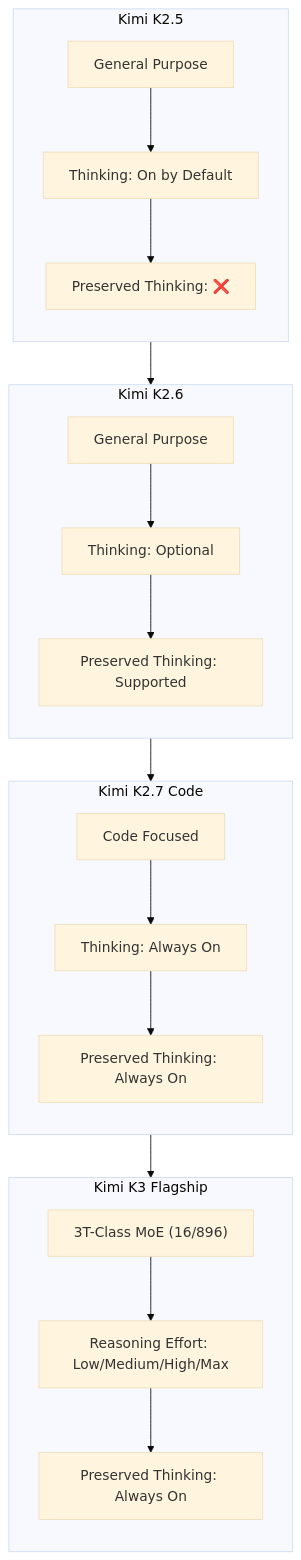
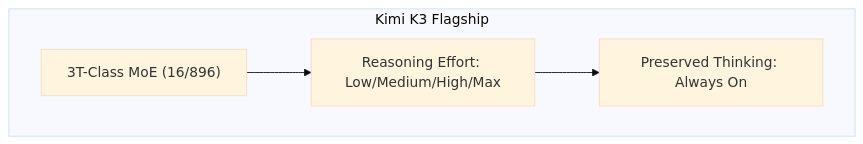
Before and after one commit to narenandu/narenvadapalli_dot_com: the fourth of 5 diagrams in contents/blog/0062-moonshot-ai-kimi-k3-thinking-models/index.md, drawn with Mermaid (base theme). The commit also changed other lines of this file and 22 other files, not shown here.

Commit message:
fix(blog): resolve side-by-side Mermaid diagrams, KaTeX math formatting, and alert tags across all blogs

````diff
--- a/contents/blog/0062-moonshot-ai-kimi-k3-thinking-models/index.md
+++ b/contents/blog/0062-moonshot-ai-kimi-k3-thinking-models/index.md
@@ -54,24 +77,7 @@
 ```mermaid
 flowchart TD
-    subgraph K25["Kimi K2.5"]
-        direction TB
-        A1["General Purpose"] --> A2["Thinking: On by Default"]
-        A2 --> A3["Preserved Thinking: ❌"]
-    end
-    subgraph K26["Kimi K2.6"]
-        direction TB
-        B1["General Purpose"] --> B2["Thinking: Optional"]
-        B2 --> B3["Preserved Thinking: Supported"]
-    end
-    subgraph K27["Kimi K2.7 Code"]
-        direction TB
-        C1["Code Focused"] --> C2["Thinking: Always On"]
-        C2 --> C3["Preserved Thinking: Always On"]
-    end
     subgraph K3["Kimi K3 Flagship"]
-        direction TB
         D1["3T-Class MoE (16/896)"] --> D2["Reasoning Effort: Low/Medium/High/Max"]
         D2 --> D3["Preserved Thinking: Always On"]
     end
-    K25 --> K26 --> K27 --> K3
 ```
````
